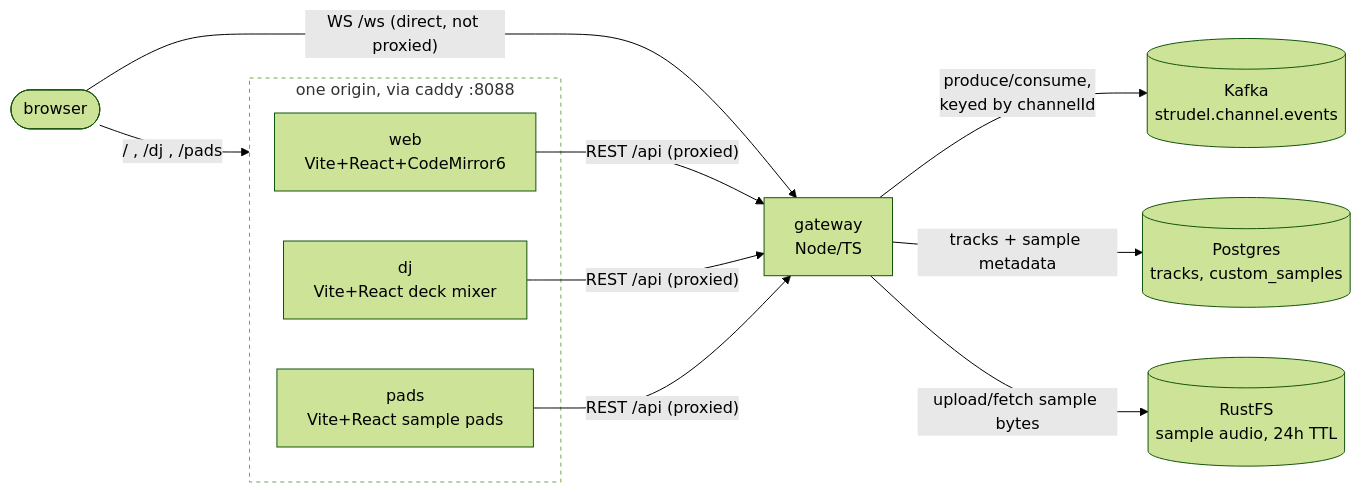
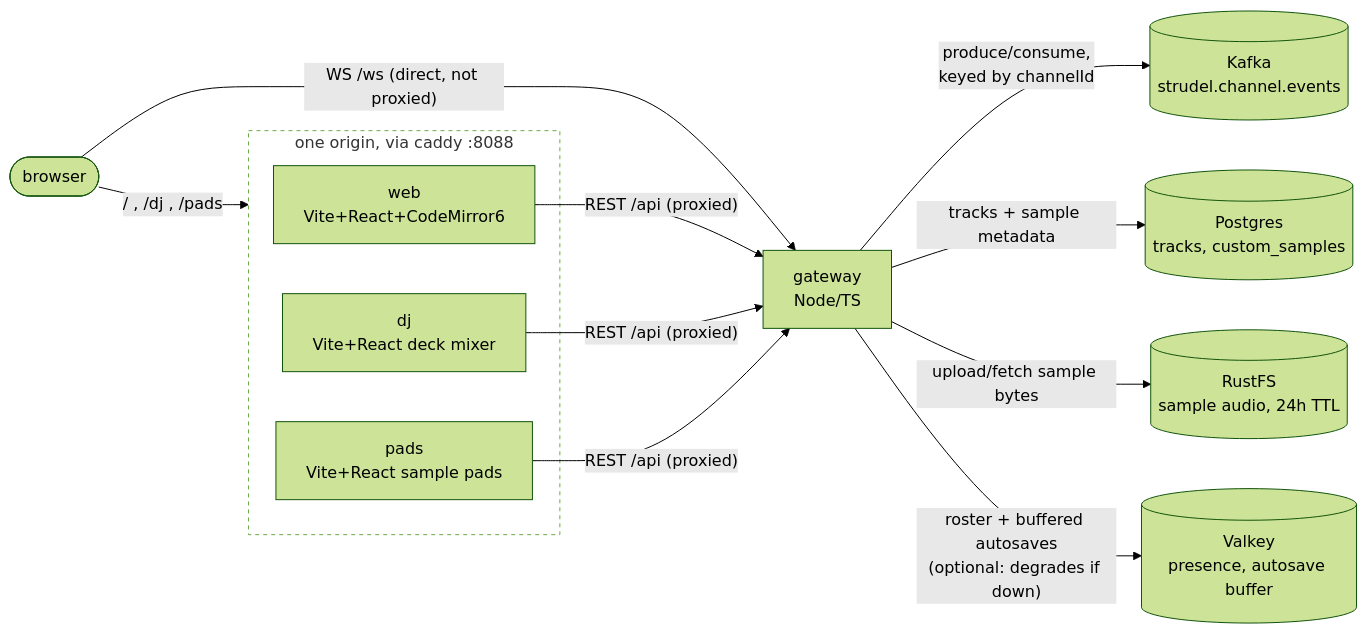
The first of 4 diagrams in README.md (kjaymiller/strudel-point), drawn with Mermaid (forest theme) before and after one commit. The commit also changed other lines of this file and 34 other files, not shown here.

````diff
--- a/README.md
+++ b/README.md
@@ -9,28 +10,30 @@
 ```mermaid
 flowchart LR
     browser(["browser"])
 
     subgraph edge["one origin, via caddy :8088"]
         web["web\nVite+React+CodeMirror6"]
         dj["dj\nVite+React deck mixer"]
         pads["pads\nVite+React sample pads"]
     end
 
     gw["gateway\nNode/TS"]
     kafka[("Kafka\nstrudel.channel.events")]
     pg[("Postgres\ntracks, custom_samples")]
     rustfs[("RustFS\nsample audio, 24h TTL")]
+    valkey[("Valkey\npresence, autosave buffer")]
 
     browser -- "/ , /dj , /pads" --> edge
     browser -- "WS /ws (direct, not proxied)" --> gw
 
     web -- "REST /api (proxied)" --> gw
     dj -- "REST /api (proxied)" --> gw
     pads -- "REST /api (proxied)" --> gw
 
     gw -- "produce/consume,\nkeyed by channelId" --> kafka
     gw -- "tracks + sample metadata" --> pg
     gw -- "upload/fetch sample bytes" --> rustfs
+    gw -- "roster + buffered autosaves\n(optional: degrades if down)" --> valkey
 
     style edge fill:none,stroke-dasharray: 4 4
 ```
````
